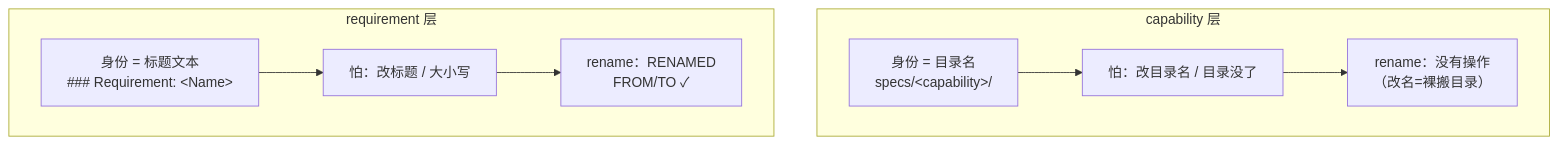
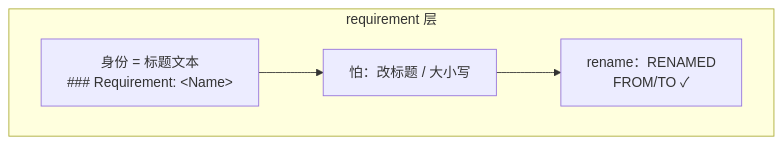
The second of 2 diagrams in _openspec_handbook/09-高级-能力身份与specs漂移维护.md (ethan-jiang-3/OpenSpec), drawn with Mermaid before and after one commit. The commit also changed 8 other files, not shown here.

````diff
--- a/_openspec_handbook/09-高级-能力身份与specs漂移维护.md
+++ b/_openspec_handbook/09-高级-能力身份与specs漂移维护.md
@@ -83,11 +90,7 @@
 ```mermaid
 graph TD
-    subgraph capability["capability 层"]
-    C[身份 = 目录名<br/>specs/&lt;capability&gt;/] --> C1[怕：改目录名 / 目录没了]
-    C1 --> C2["rename：没有操作<br/>（改名=裸搬目录）"]
-    end
     subgraph requirement["requirement 层"]
     R[身份 = 标题文本<br/>### Requirement: &lt;Name&gt;] --> R1[怕：改标题 / 大小写]
     R1 --> R2["rename：RENAMED<br/>FROM/TO ✓"]
     end
 ```
````
